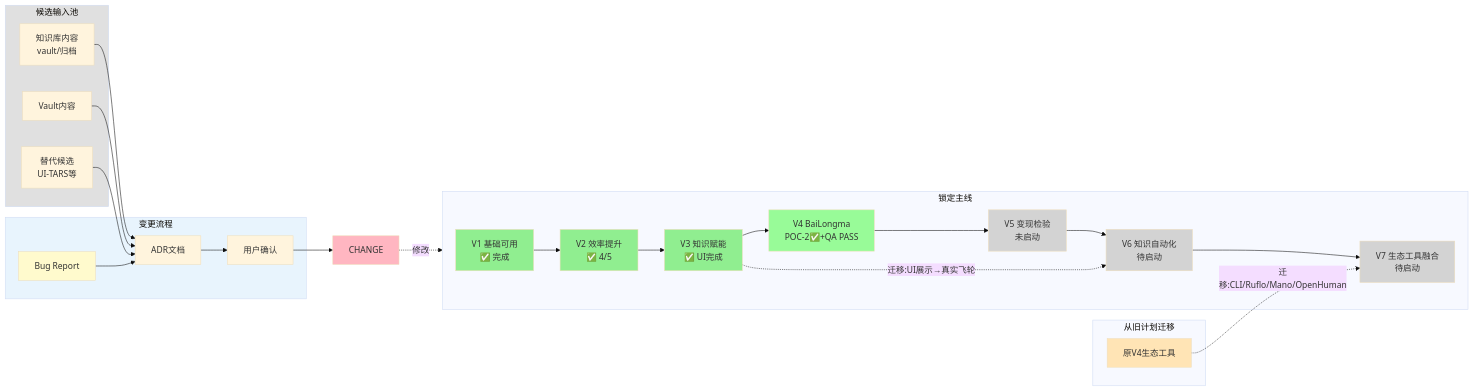
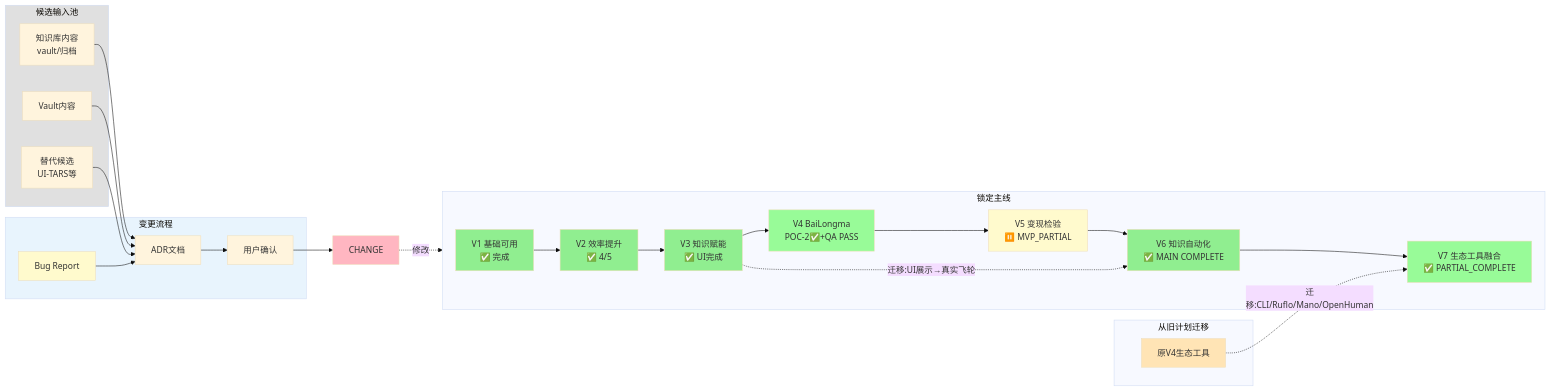
The diagram in docs/roadmap-locked-2026-05-28.md (HammerTech-Z/hcc-framework), drawn with Mermaid (base theme) before and after one commit. The commit also changed other lines of this file and 1 other file, not shown here.

Commit message:
docs: sync locked roadmap with V5-V7 closeout state

````diff
--- a/docs/roadmap-locked-2026-05-28.md
+++ b/docs/roadmap-locked-2026-05-28.md
@@ -21,54 +21,54 @@
 ```mermaid
 flowchart LR
     subgraph LOCKED["锁定主线"]
         V1[V1 基础可用<br/>✅ 完成]
         V2[V2 效率提升<br/>✅ 4/5]
         V3[V3 知识赋能<br/>✅ UI完成]
         V4[V4 BaiLongma<br/>POC-2✅+QA PASS]
-        V5[V5 变现检验<br/>未启动]
-        V6[V6 知识自动化<br/>待启动]
-        V7[V7 生态工具融合<br/>待启动]
+        V5[V5 变现检验<br/>⏸️ MVP_PARTIAL]
+        V6[V6 知识自动化<br/>✅ MAIN COMPLETE]
+        V7[V7 生态工具融合<br/>✅ PARTIAL_COMPLETE]
     end
 
     V1 --> V2 --> V3 --> V4 --> V5 --> V6 --> V7
 
     V3 -.->|"迁移:UI展示→真实飞轮"| V6
 
     subgraph MIGRATED["从旧计划迁移"]
         OLD_V4[原V4生态工具]
     end
     OLD_V4 -.->|"迁移:CLI/Ruflo/Mano/OpenHuman"| V7
 
     subgraph CANDIDATE["候选输入池"]
         KB[知识库内容<br/>vault/归档]
         VAULT[Vault内容]
         ALTS[替代候选<br/>UI-TARS等]
     end
 
     subgraph APPROVAL["变更流程"]
         ADR[ADR文档]
         USER[用户确认]
         BUG[Bug Report]
     end
 
     KB --> ADR
     VAULT --> ADR
     ALTS --> ADR
     BUG --> ADR
     ADR --> USER
     USER --> CHANGE
     CHANGE -.->|修改| LOCKED
 
     style V1 fill:#90EE90
     style V2 fill:#90EE90
     style V3 fill:#90EE90
     style V4 fill:#98FB98
-    style V5 fill:#D3D3D3
-    style V6 fill:#D3D3D3
-    style V7 fill:#D3D3D3
+    style V5 fill:#FFFACD
+    style V6 fill:#90EE90
+    style V7 fill:#98FB98
     style OLD_V4 fill:#FFE4B5
     style CANDIDATE fill:#E0E0E0
     style APPROVAL fill:#E8F4FD
     style CHANGE fill:#FFB6C1
     style BUG fill:#FFFACD
 ```
````
